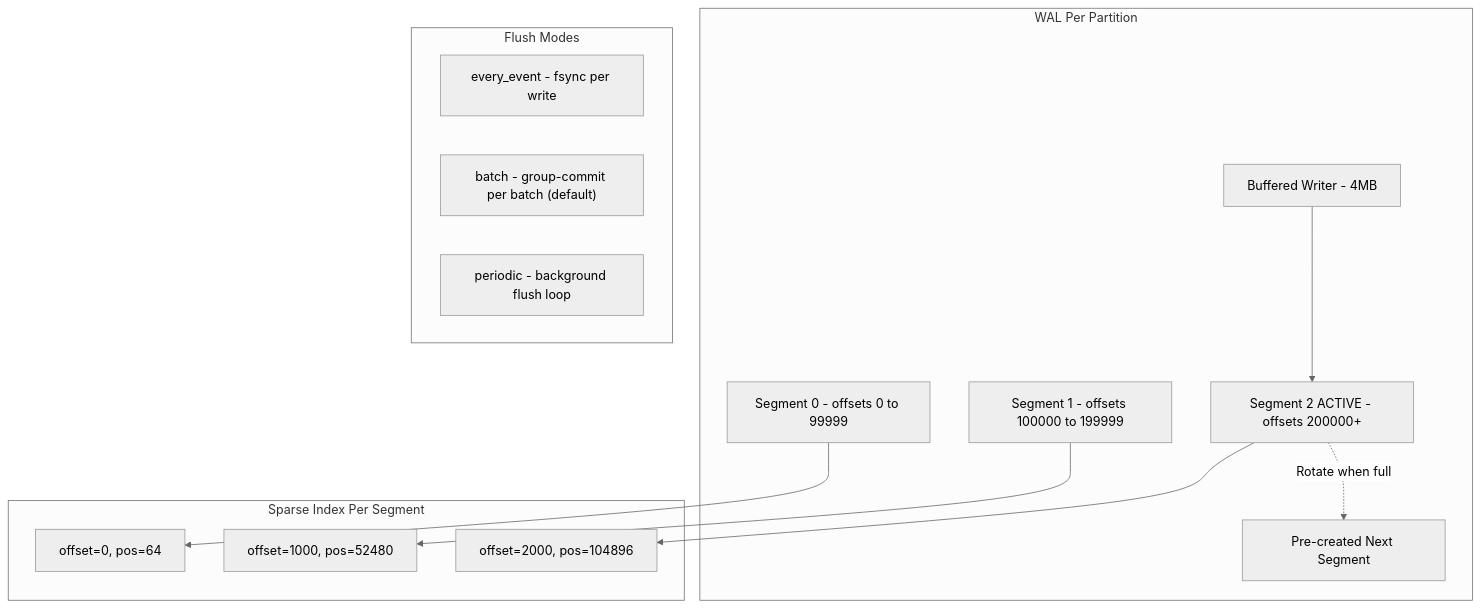
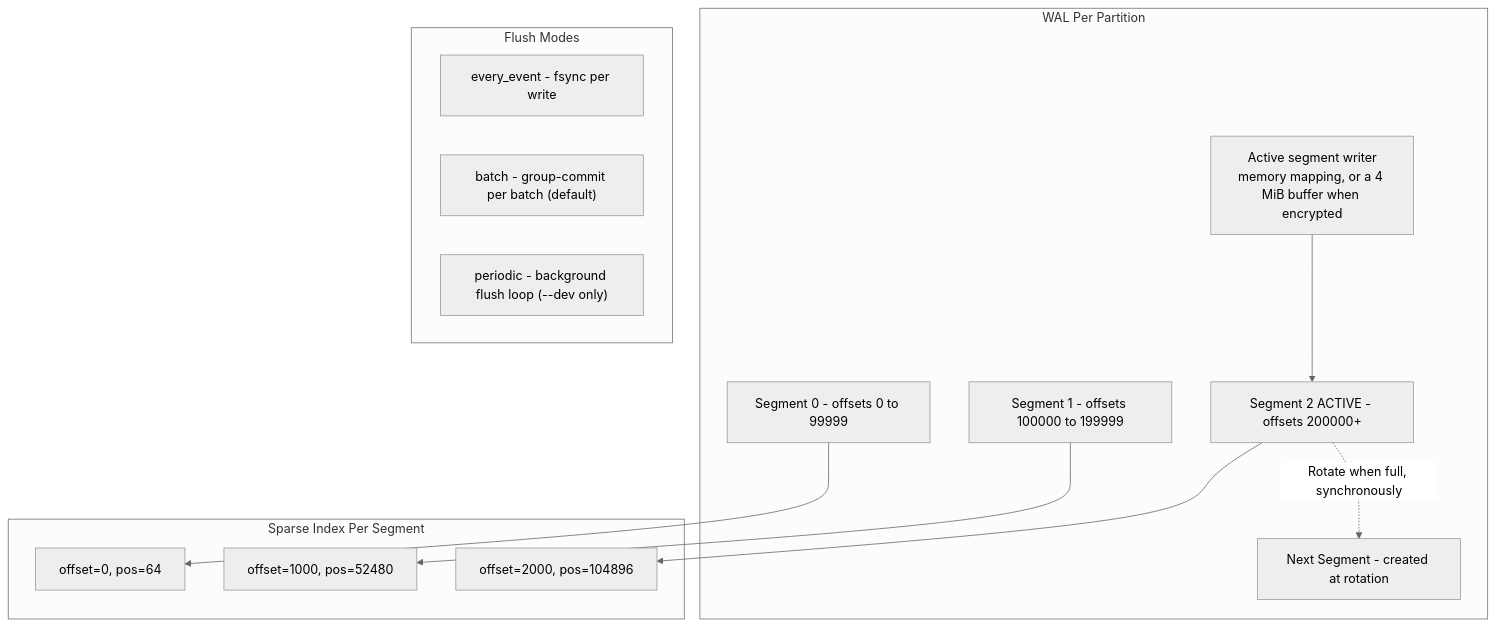
Before and after one commit to jatin711-debug/cronos_db_golang: the eighth of 47 diagrams in ARCHITECTURE.md, drawn with Mermaid (neutral theme). The commit also changed other lines of this file and 31 other files, not shown here.

````diff
--- a/ARCHITECTURE.md
+++ b/ARCHITECTURE.md
@@ -360,28 +383,28 @@
 ```mermaid
 graph TB
     subgraph WAL Per Partition
-        BW[Buffered Writer - 4MB]
+        BW[Active segment writer<br/>memory mapping, or a 4 MiB buffer when encrypted]
         S1[Segment 0 - offsets 0 to 99999]
         S2[Segment 1 - offsets 100000 to 199999]
         S3[Segment 2 ACTIVE - offsets 200000+]
-        NS[Pre-created Next Segment]
+        NS[Next Segment - created at rotation]
     end
 
     subgraph Sparse Index Per Segment
         I1[offset=0, pos=64]
         I2[offset=1000, pos=52480]
         I3[offset=2000, pos=104896]
     end
 
     subgraph Flush Modes
         FM1[every_event - fsync per write]
         FM2["batch - group-commit per batch (default)"]
-        FM3[periodic - background flush loop]
+        FM3["periodic - background flush loop (--dev only)"]
     end
 
     BW --> S3
-    S3 -.->|Rotate when full| NS
+    S3 -.->|Rotate when full, synchronously| NS
     S1 --> I1
     S2 --> I2
     S3 --> I3
 ```
````
